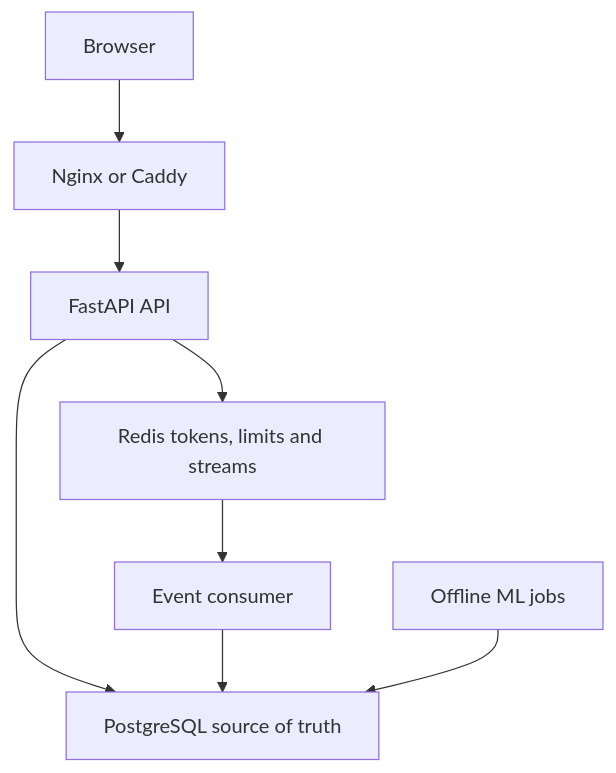
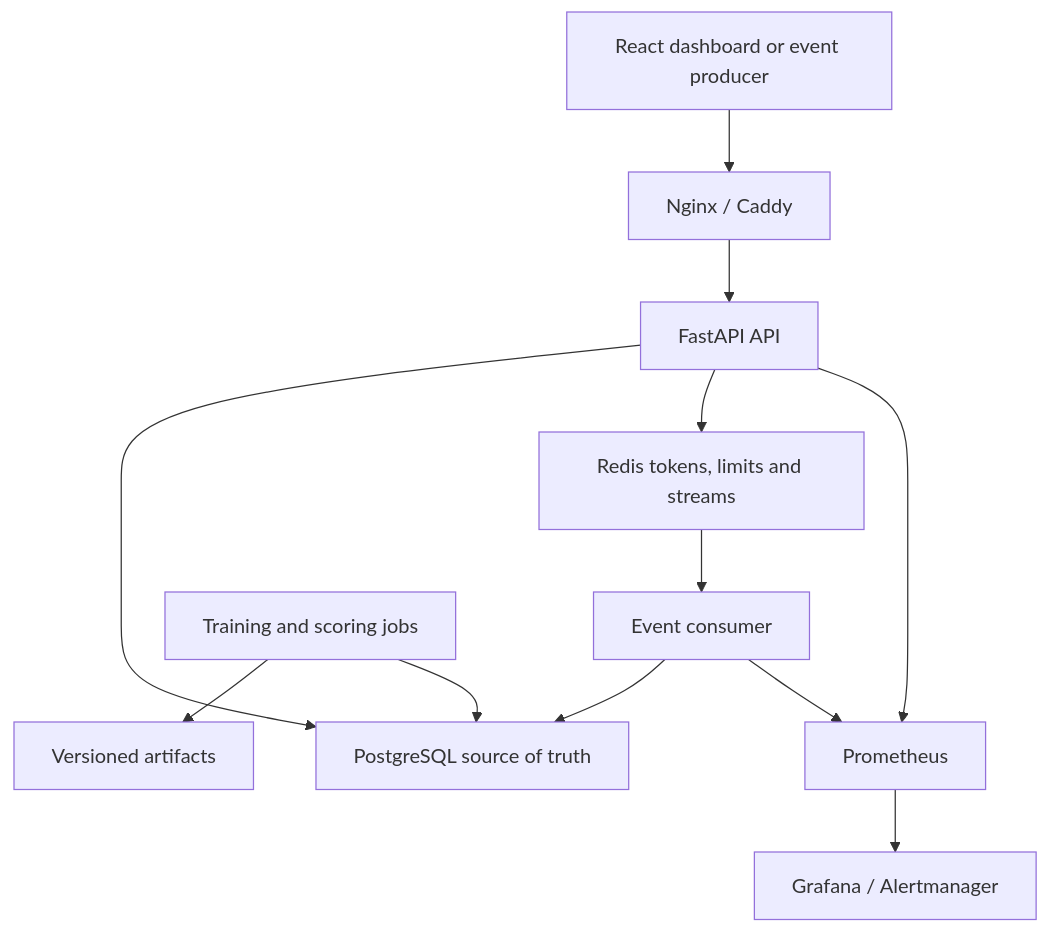
One commit to Parmodk2310/retention-analytics-platform changed the first of 2 diagrams in README.md. Above: the diagram before and after it, drawn with Mermaid. The commit also changed other lines of this file and 11 other files, not shown here.

````diff
--- a/README.md
+++ b/README.md
@@ -26,10 +74,14 @@
 ```mermaid
 flowchart TD
-    Browser --> Gateway["Nginx or Caddy"]
-    Gateway --> API["FastAPI API"]
-    API --> Postgres["PostgreSQL source of truth"]
-    API --> Redis["Redis tokens, limits and streams"]
-    Redis --> Worker["Event consumer"]
-    Worker --> Postgres
-    Jobs["Offline ML jobs"] --> Postgres
+    Client["React dashboard or event producer"] --> Edge["Nginx / Caddy"]
+    Edge --> API["FastAPI API"]
+    API --> DB["PostgreSQL source of truth"]
+    API --> Stream["Redis tokens, limits and streams"]
+    Stream --> Worker["Event consumer"]
+    Worker --> DB
+    Jobs["Training and scoring jobs"] --> Artifacts["Versioned artifacts"]
+    Jobs --> DB
+    API --> Metrics["Prometheus"]
+    Worker --> Metrics
+    Metrics --> Ops["Grafana / Alertmanager"]
 ```
````
